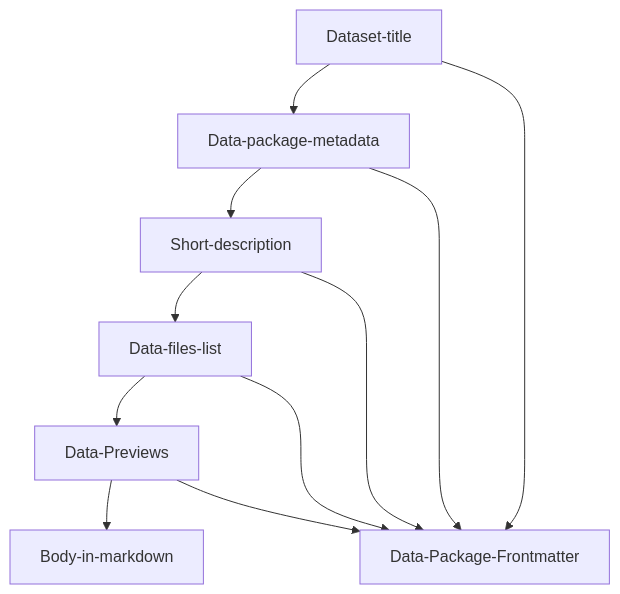
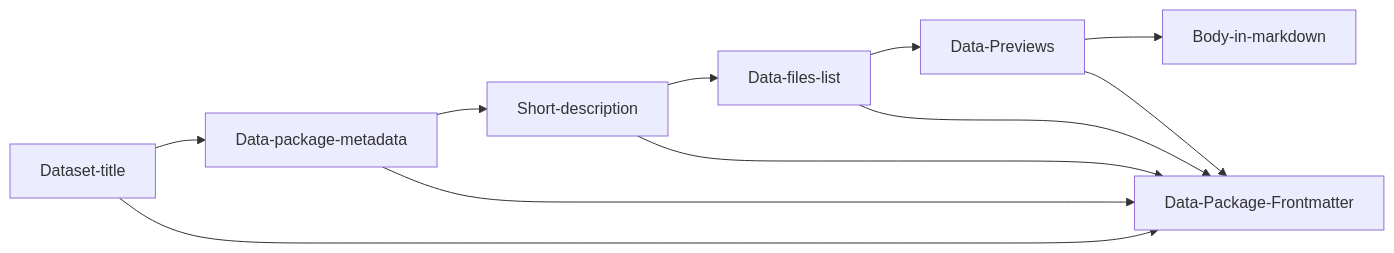
The diagram in README.md (Daniellappv/datahub-cloud-template-newest), drawn with Mermaid before and after one commit.

````diff
--- a/README.md
+++ b/README.md
@@ -23,13 +23,13 @@
 ```mermaid
-  graph TD;
+  graph LR;
       Dataset-title-->Data-package-metadata
       Dataset-title-->Data-Package-Frontmatter
       Data-package-metadata-->Short-description;
       Data-package-metadata-->Data-Package-Frontmatter
       Short-description-->Data-files-list;
       Short-description-->Data-Package-Frontmatter
       Data-files-list-->Data-Previews;
       Data-files-list-->Data-Package-Frontmatter
       Data-Previews-->Body-in-markdown
       Data-Previews-->Data-Package-Frontmatter
 ```
````
